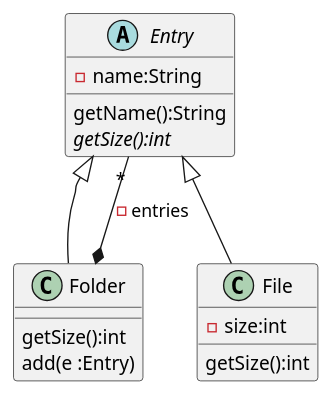
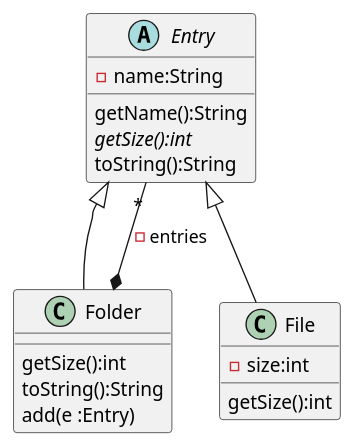
Before and after one commit to isel-leic-poo/20-21-1-LI21N: the diagram in List/out/production/List/isel/poo/fs/FSClass.puml, drawn with PlantUML. The commit also changed 4 other files, not shown here.

```diff
--- a/List/out/production/List/isel/poo/fs/FSClass.puml
+++ b/List/out/production/List/isel/poo/fs/FSClass.puml
@@ -1,25 +1,27 @@
 @startuml
 
 abstract class Entry {
   -name:String
   getName():String
   {abstract} getSize():int
+  toString():String
   'pathName():String
 }
 
 class Folder {
   getSize():int
+  toString():String
   add(e :Entry)
 }
 
 class File {
   -size:int
   getSize():int
 }
 
 Folder *-- "*" Entry : -entries
 Entry <|-- File
 Entry <|-- Folder :"     "
 
 
 @enduml
```
